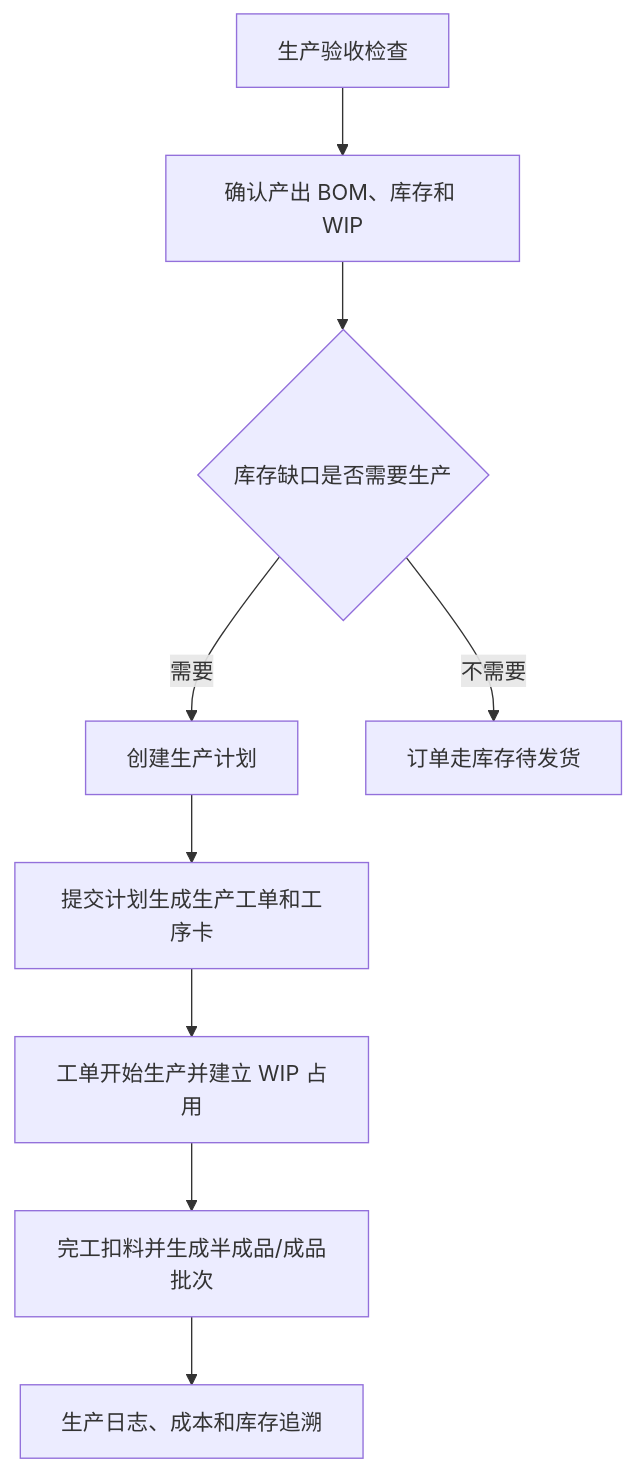
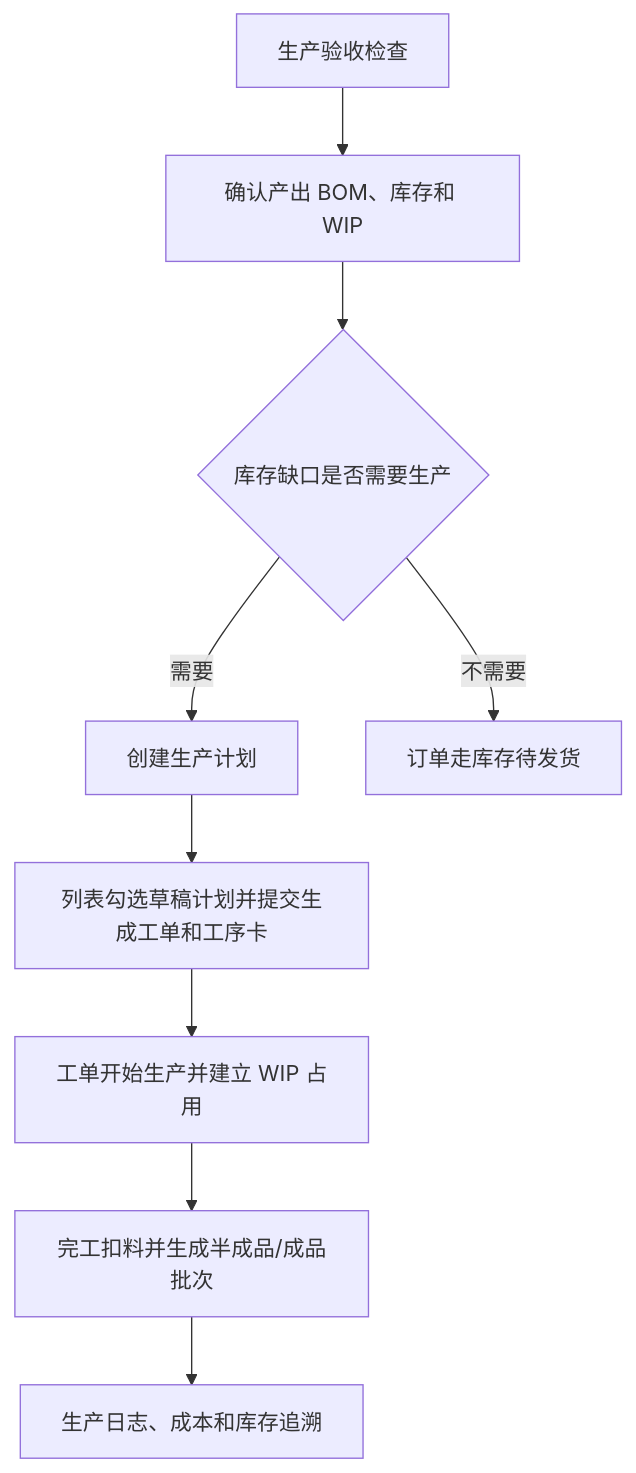
Before and after one commit to Backstage2539/KFerp: the diagram in orderapp-remote/docs/OP_MANUAL_PRODUCTION.md, drawn with Mermaid. The commit also changed other lines of this file and 17 other files, not shown here.

````diff
--- a/orderapp-remote/docs/OP_MANUAL_PRODUCTION.md
+++ b/orderapp-remote/docs/OP_MANUAL_PRODUCTION.md
@@ -13,11 +13,11 @@
 ```mermaid
 flowchart TD
   A["生产验收检查"] --> B["确认产出 BOM、库存和 WIP"]
   B --> C{"库存缺口是否需要生产"}
   C -->|需要| D["创建生产计划"]
   C -->|不需要| E["订单走库存待发货"]
-  D --> F["提交计划生成生产工单和工序卡"]
+  D --> F["列表勾选草稿计划并提交生成工单和工序卡"]
   F --> I["工单开始生产并建立 WIP 占用"]
   I --> G["完工扣料并生成半成品/成品批次"]
   G --> H["生产日志、成本和库存追溯"]
 ```
````
